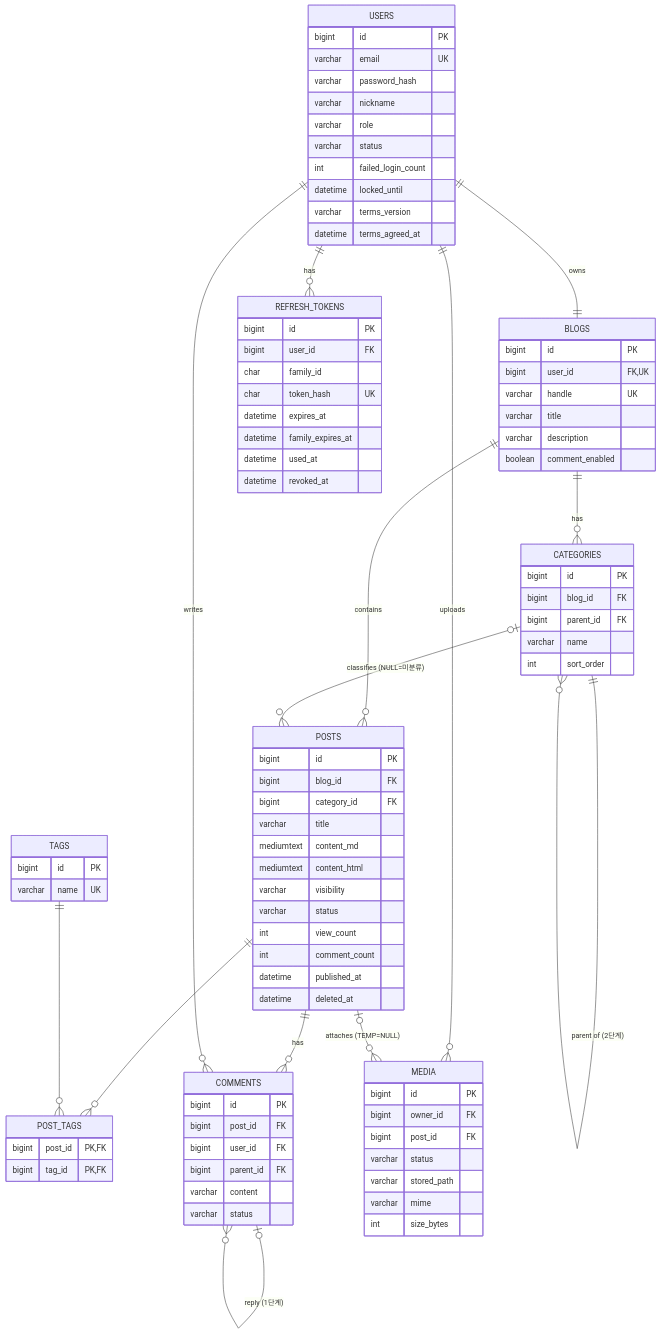
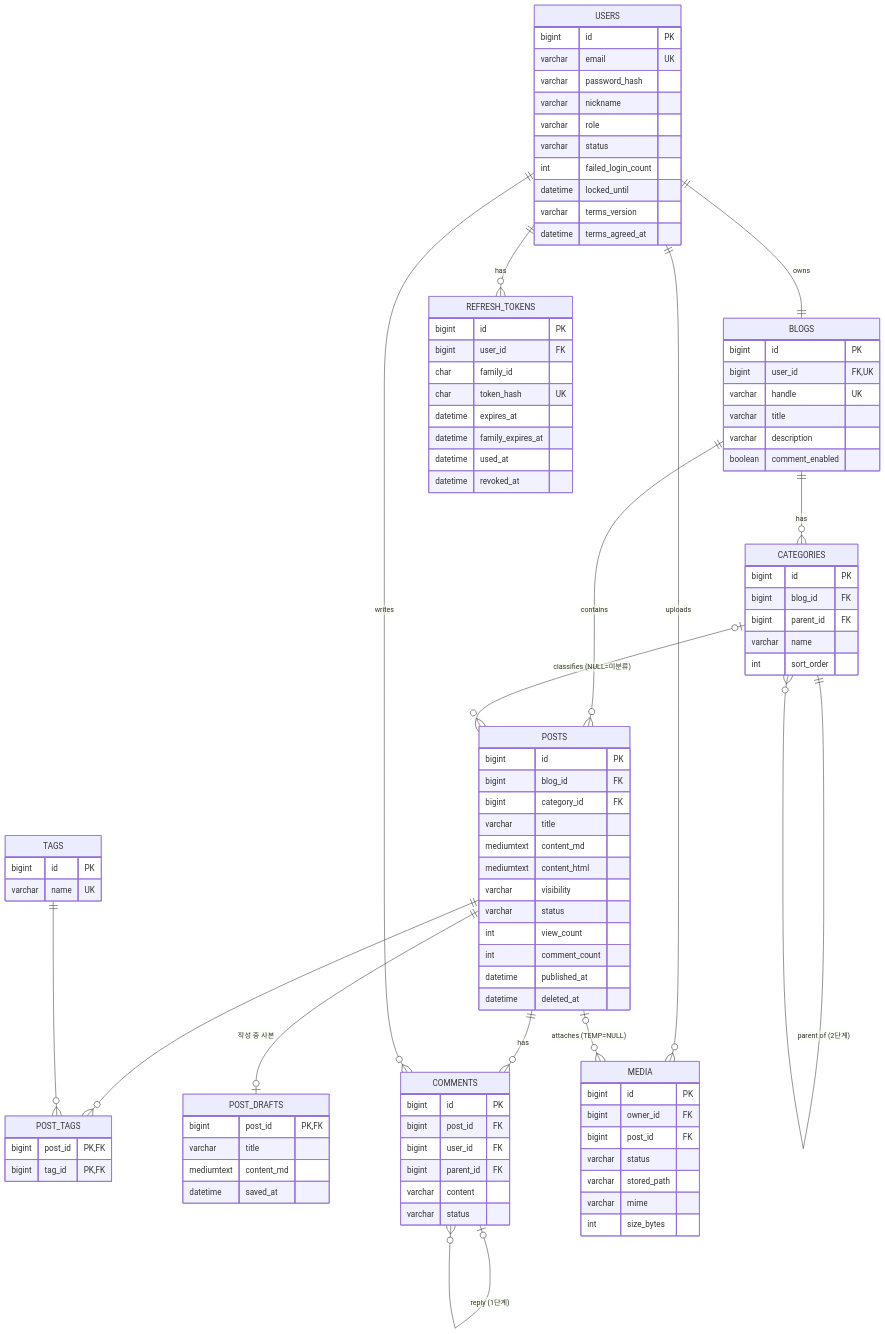
One commit to marco-blog/blog-docs changed the diagram in specs/001-blog-core/data-model.md. Above: the diagram before and after it, drawn with Mermaid. The commit also changed other lines of this file and 3 other files, not shown here.

```diff
--- a/specs/001-blog-core/data-model.md
+++ b/specs/001-blog-core/data-model.md
@@ -16,6 +16,7 @@
     CATEGORIES |o--o{ POSTS : "classifies (NULL=미분류)"
     POSTS ||--o{ POST_TAGS : ""
     TAGS ||--o{ POST_TAGS : ""
+    POSTS ||--o| POST_DRAFTS : "작성 중 사본"
     POSTS ||--o{ COMMENTS : "has"
     USERS ||--o{ COMMENTS : "writes"
     COMMENTS |o--o{ COMMENTS : "reply (1단계)"
@@ -73,6 +74,12 @@
         datetime published_at
         datetime deleted_at
     }
+    POST_DRAFTS {
+        bigint post_id PK,FK
+        varchar title
+        mediumtext content_md
+        datetime saved_at
+    }
     TAGS {
         bigint id PK
         varchar name UK
```
